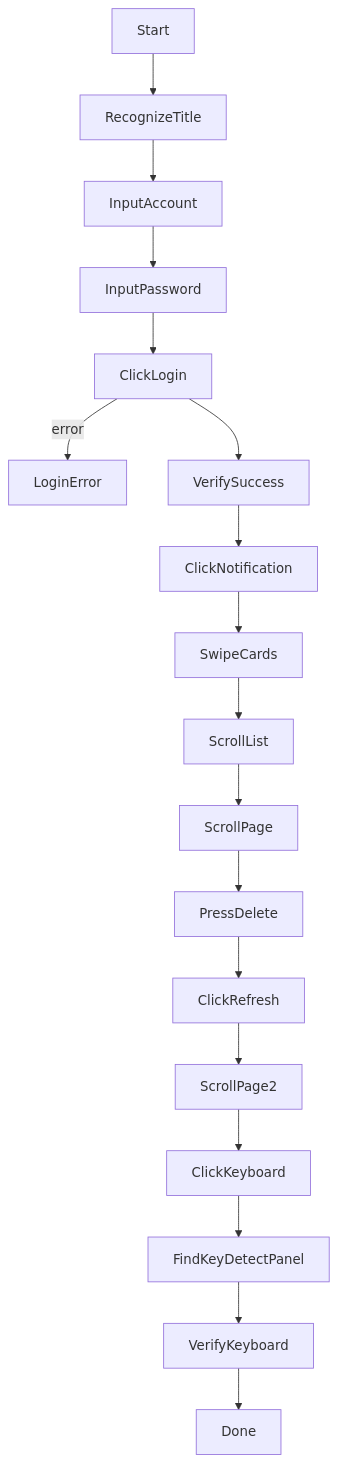
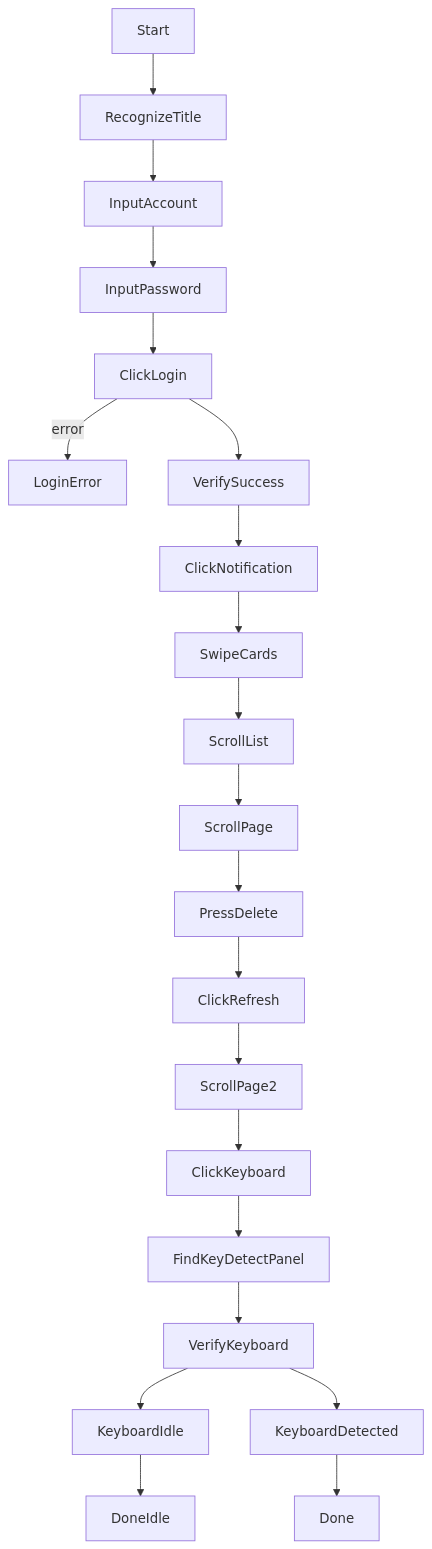
One commit to luberserker0v0/watchdog-automation changed the diagram in src-tauri/resources/pipelines/sample/sample.md. Above: the diagram before and after it, drawn with Mermaid. The commit also changed 30 other files, not shown here.

````diff
--- a/src-tauri/resources/pipelines/sample/sample.md
+++ b/src-tauri/resources/pipelines/sample/sample.md
@@ -1,40 +1,46 @@
 ```mermaid
 
 flowchart TD
     Start["Start"]
     RecognizeTitle["RecognizeTitle"]
     InputAccount["InputAccount"]
     InputPassword["InputPassword"]
     ClickLogin["ClickLogin"]
     LoginError["LoginError"]
     VerifySuccess["VerifySuccess"]
     ClickNotification["ClickNotification"]
     SwipeCards["SwipeCards"]
     ScrollList["ScrollList"]
     ScrollPage["ScrollPage"]
     PressDelete["PressDelete"]
     ClickRefresh["ClickRefresh"]
     ScrollPage2["ScrollPage2"]
     ClickKeyboard["ClickKeyboard"]
     FindKeyDetectPanel["FindKeyDetectPanel"]
     VerifyKeyboard["VerifyKeyboard"]
+    KeyboardIdle["KeyboardIdle"]
+    KeyboardDetected["KeyboardDetected"]
+    DoneIdle["DoneIdle"]
     Done["Done"]
 
     Start --> RecognizeTitle
     RecognizeTitle --> InputAccount
     InputAccount --> InputPassword
     InputPassword --> ClickLogin
     ClickLogin --> VerifySuccess
     ClickLogin -->|error| LoginError
     VerifySuccess --> ClickNotification
     ClickNotification --> SwipeCards
     SwipeCards --> ScrollList
     ScrollList --> ScrollPage
     ScrollPage --> PressDelete
     PressDelete --> ClickRefresh
     ClickRefresh --> ScrollPage2
     ScrollPage2 --> ClickKeyboard
     ClickKeyboard --> FindKeyDetectPanel
     FindKeyDetectPanel --> VerifyKeyboard
-    VerifyKeyboard --> Done
+    VerifyKeyboard --> KeyboardIdle
+    VerifyKeyboard --> KeyboardDetected
+    KeyboardIdle --> DoneIdle
+    KeyboardDetected --> Done
 ```
````
